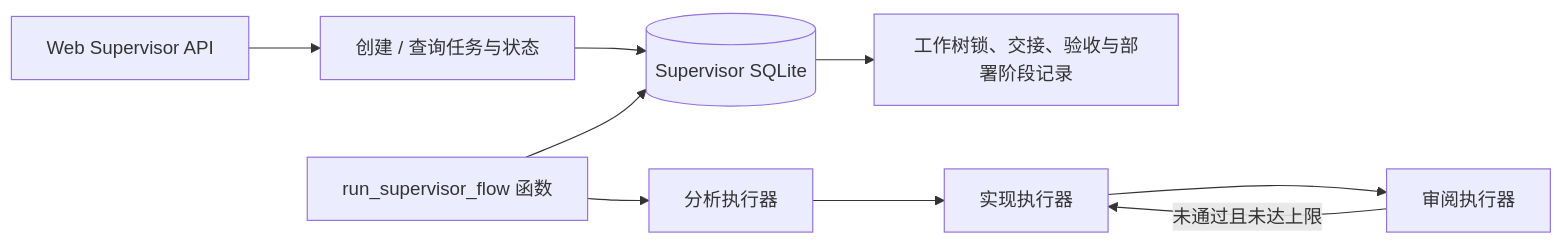
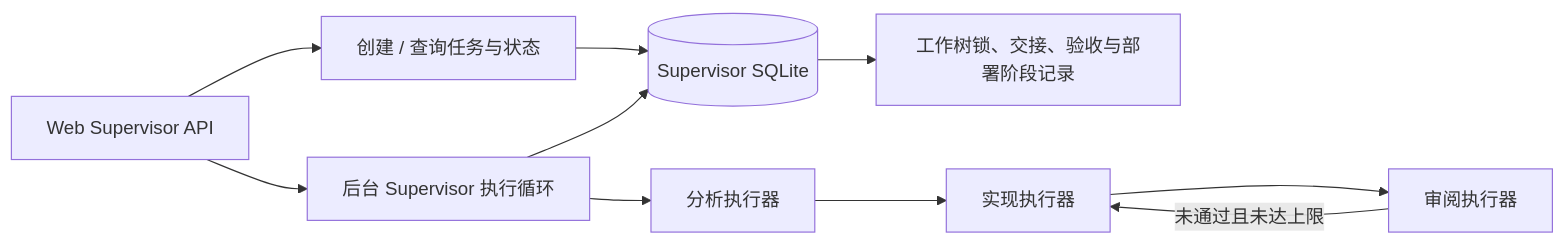
Before and after one commit to mammut001/Conveyor: the second of 3 diagrams in docs/architecture-overview.md, drawn with Mermaid. The commit also changed other lines of this file and 42 other files, not shown here.

````diff
--- a/docs/architecture-overview.md
+++ b/docs/architecture-overview.md
@@ -26,11 +26,12 @@
 ```mermaid
 flowchart LR
     API[Web Supervisor API] --> STATE[创建 / 查询任务与状态]
     STATE --> DB[(Supervisor SQLite)]
     DB --> RECORD[工作树锁、交接、验收与部署阶段记录]
-    FLOW[run_supervisor_flow 函数] --> ANALYST[分析执行器]
+    API --> FLOW[后台 Supervisor 执行循环]
+    FLOW --> ANALYST[分析执行器]
     ANALYST --> IMPLEMENTER[实现执行器]
     IMPLEMENTER --> REVIEWER[审阅执行器]
     REVIEWER -->|未通过且未达上限| IMPLEMENTER
     FLOW --> DB
 ```
````
